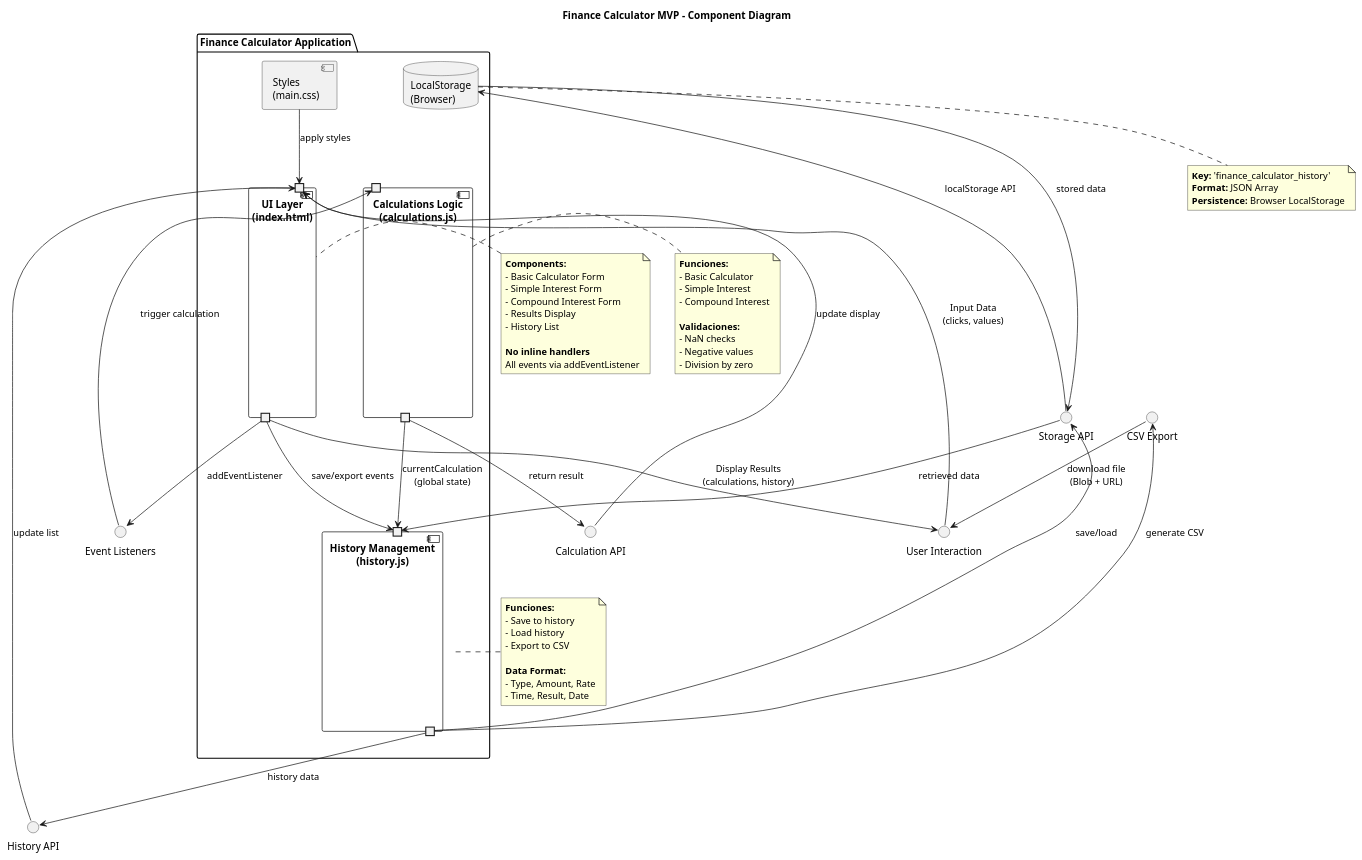
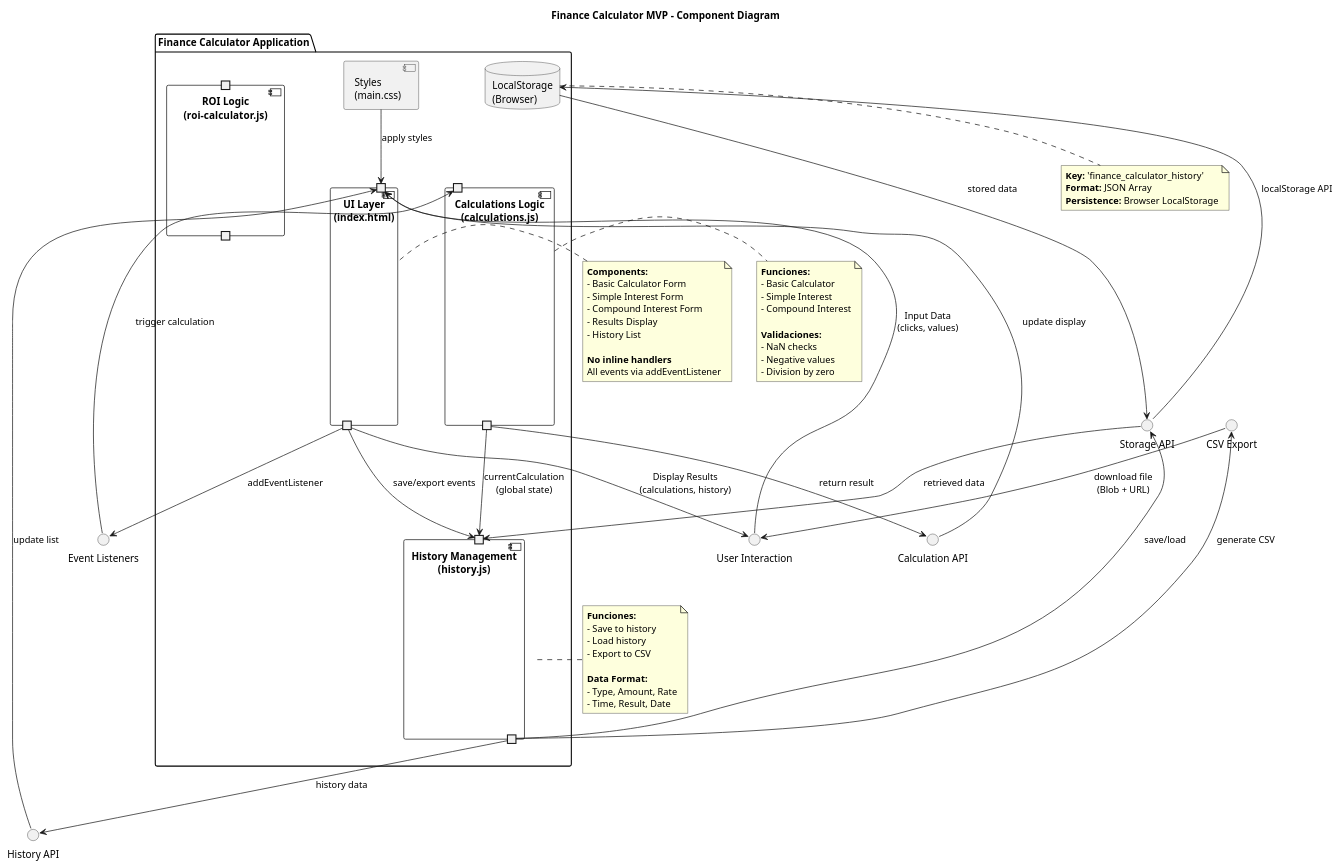
The diagram in docs/architecture.puml (PSM545917/Finance-Calculator), drawn with PlantUML before and after one commit. The commit also changed 2 other files, not shown here.

Commit message:
docs: update architecture diagrams with ROI logic

```diff
--- a/docs/architecture.puml
+++ b/docs/architecture.puml
@@ -1,114 +1,120 @@
 @startuml Finance Calculator - Component Diagram
 
 title Finance Calculator MVP - Component Diagram
 
 package "Finance Calculator Application" {
     
     ' Capa de Presentación
     component "UI Layer\n(index.html)" as UI {
         portin " " as ui_input
         portout " " as ui_output
     }
     
     ' Capa de Lógica
     component "Calculations Logic\n(calculations.js)" as Calc {
         portin " " as calc_input
         portout " " as calc_output
+    }
+
+    ' Capa de ROI
+    component "ROI Logic\n(roi-calculator.js)" as ROI {
+        portin " " as roi_input
+        portout " " as roi_output
     }
     
     ' Capa de Historial
     component "History Management\n(history.js)" as History {
         portin " " as hist_input
         portout " " as hist_output
     }
     
     ' Capa de Estilos
     component "Styles\n(main.css)" as Styles
     
     ' Almacenamiento
     database "LocalStorage\n(Browser)" as Storage {
     }
 }
 
 ' Interfaces
 interface "User Interaction" as UserInt
 interface "Event Listeners" as EventInt
 interface "Calculation API" as CalcInt
 interface "History API" as HistInt
 interface "Storage API" as StorageInt
 interface "CSV Export" as CSVInt
 
 ' Conexiones Usuario -> UI
 UserInt --> ui_input : "Input Data\n(clicks, values)"
 ui_output --> UserInt : "Display Results\n(calculations, history)"
 
 ' Conexiones UI -> Calculations
 ui_output --> EventInt : "addEventListener"
 EventInt --> calc_input : "trigger calculation"
 calc_output --> CalcInt : "return result"
 CalcInt --> ui_input : "update display"
 
 ' Conexiones UI -> History
 ui_output --> hist_input : "save/export events"
 hist_output --> HistInt : "history data"
 HistInt --> ui_input : "update list"
 
 ' Conexiones Calculations -> History
 calc_output --> hist_input : "currentCalculation\n(global state)"
 
 ' Conexiones History -> Storage
 hist_output --> StorageInt : "save/load"
 StorageInt --> Storage : "localStorage API"
 Storage --> StorageInt : "stored data"
 StorageInt --> hist_input : "retrieved data"
 
 ' Conexiones History -> CSV
 hist_output --> CSVInt : "generate CSV"
 CSVInt --> UserInt : "download file\n(Blob + URL)"
 
 ' Conexiones UI -> Styles
 Styles --> ui_input : "apply styles"
 
 ' Notas explicativas
 note right of Calc
   **Funciones:**
   - Basic Calculator
   - Simple Interest
   - Compound Interest
   
   **Validaciones:**
   - NaN checks
   - Negative values
   - Division by zero
 end note
 
 note right of History
   **Funciones:**
   - Save to history
   - Load history
   - Export to CSV
   
   **Data Format:**
   - Type, Amount, Rate
   - Time, Result, Date
 end note
 
 note bottom of Storage
   **Key:** 'finance_calculator_history'
   **Format:** JSON Array
   **Persistence:** Browser LocalStorage
 end note
 
 note left of UI
   **Components:**
   - Basic Calculator Form
   - Simple Interest Form
   - Compound Interest Form
   - Results Display
   - History List
   
   **No inline handlers**
   All events via addEventListener
 end note
 
 @enduml
```
